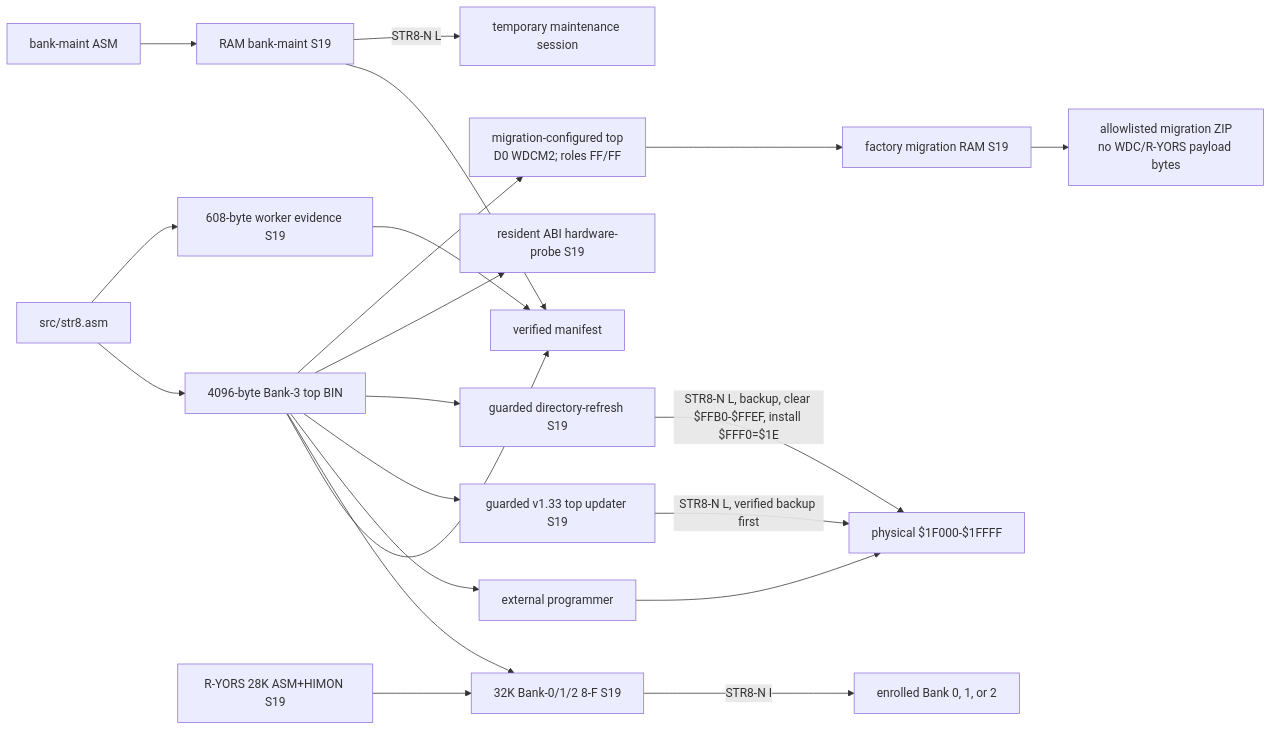
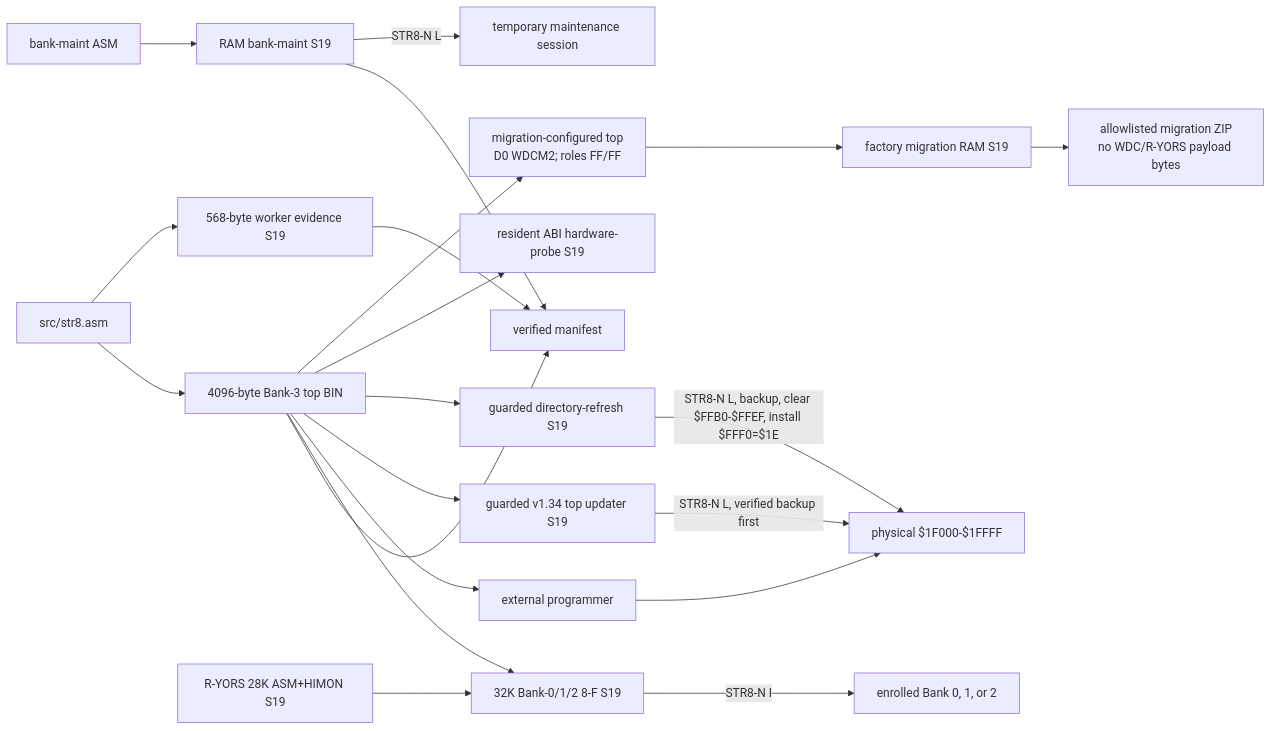
The second of 14 diagrams in docs/MAPS.md (95westus/STR8-N), drawn with Mermaid before and after one commit. The commit also changed other lines of this file and 66 other files, not shown here.

````diff
--- a/docs/MAPS.md
+++ b/docs/MAPS.md
@@ -38,23 +39,23 @@
 ```mermaid
 flowchart LR
     SRC[src/str8.asm] --> TOP[4096-byte Bank-3 top BIN]
-    SRC --> WORKER[608-byte worker evidence S19]
+    SRC --> WORKER[568-byte worker evidence S19]
     BM_SRC[bank-maint ASM] --> BM[RAM bank-maint S19]
     TOP --> MANIFEST[verified manifest]
     WORKER --> MANIFEST
     BM --> MANIFEST
     RY[R-YORS 28K ASM+HIMON S19] --> FULL[32K Bank-0/1/2 8-F S19]
     TOP --> FULL
     TOP --> PROGRAMMER[external programmer]
     PROGRAMMER --> B3F[physical $1F000-$1FFFF]
-    TOP --> UPDATE[guarded v1.33 top updater S19]
+    TOP --> UPDATE[guarded v1.34 top updater S19]
     UPDATE -->|STR8-N L, verified backup first| B3F
     TOP --> REFRESH[guarded directory-refresh S19]
     REFRESH -->|STR8-N L, backup, clear $FFB0-$FFEF, install $FFF0=$1E| B3F
     TOP --> ABI_TEST[resident ABI hardware-probe S19]
     BM -->|STR8-N L| RAM_TOOL[temporary maintenance session]
     FULL -->|STR8-N I| GUEST[enrolled Bank 0, 1, or 2]
     TOP --> WDC_TOP[migration-configured top<br/>D0 WDCM2; roles FF/FF]
     WDC_TOP --> WDC_INSTALL[factory migration RAM S19]
     WDC_INSTALL --> KIT[allowlisted migration ZIP<br/>no WDC/R-YORS payload bytes]
 ```
````
